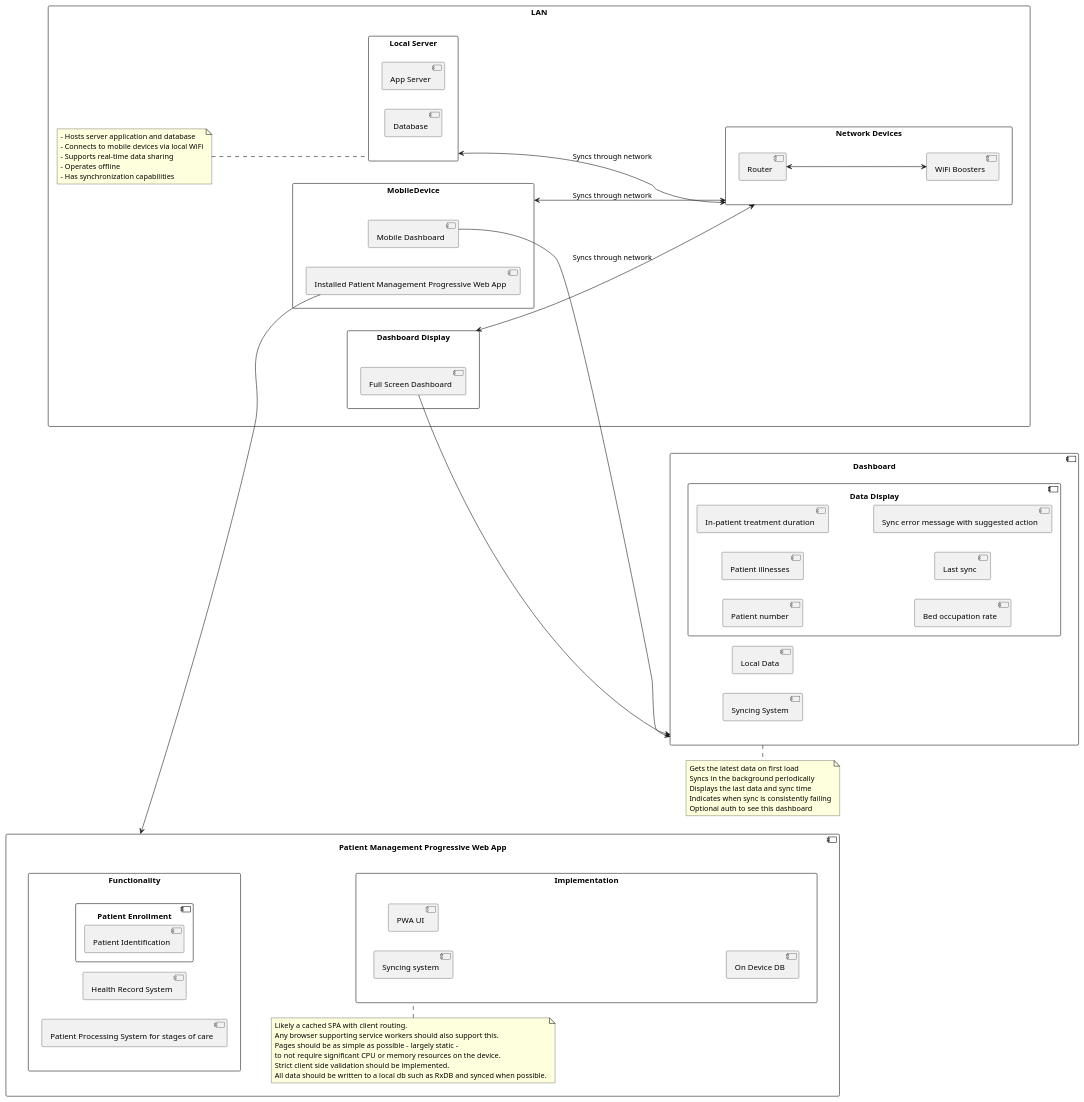
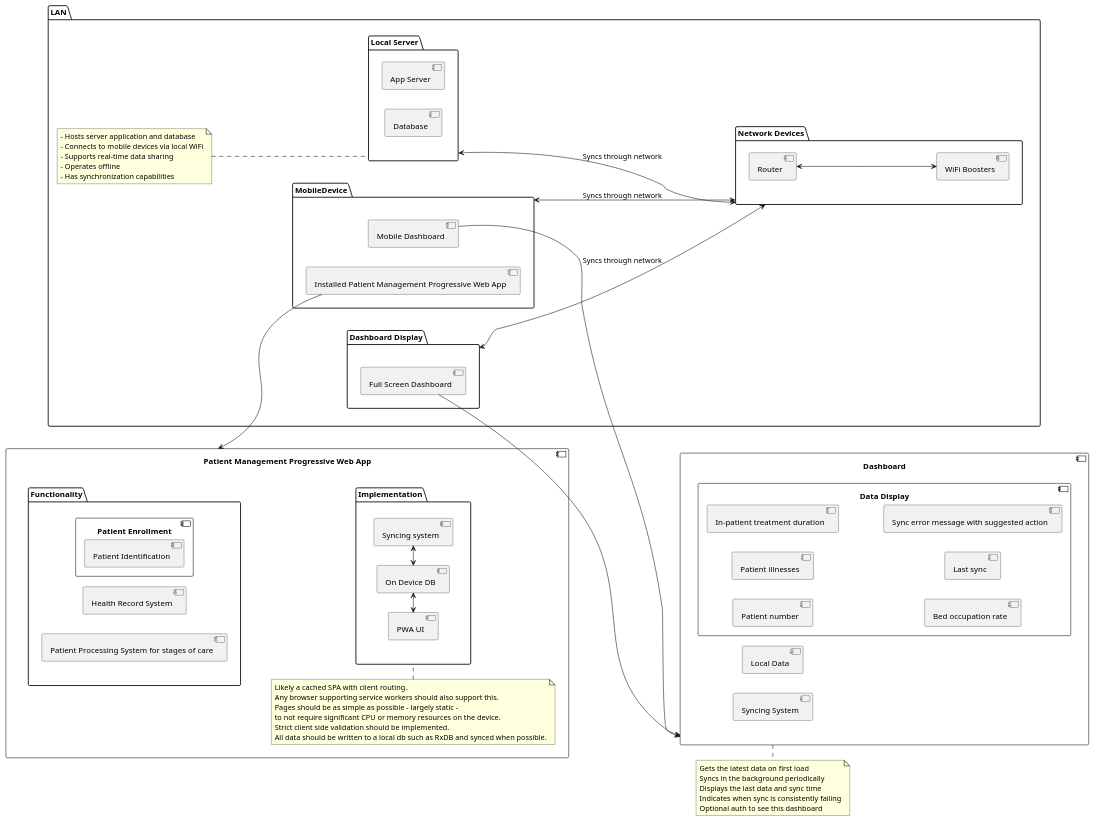
The diagram in puml/constraint-solutions.puml (jcbashdown/case-study), drawn with PlantUML before and after one commit. The commit also changed 1 other file, not shown here.

Commit message:
Improve diagram layout

```diff
--- a/puml/constraint-solutions.puml
+++ b/puml/constraint-solutions.puml
@@ -1,97 +1,100 @@
 @startuml
 left to right direction
 skinparam componentStyle uml2
-skinparam packagestyle rectangle 
+skinparam packagestyle uml2 
 
 together {
   component Dashboard {
     component "Local Data"
     component "Syncing System"
     component "Data Display" {
       component "Patient number"
       component "Patient illnesses"
       component "In-patient treatment duration"
       component "Bed occupation rate"
       component "Last sync"
       component "Sync error message with suggested action"
     }
   }
   note bottom of Dashboard 
     Gets the latest data on first load
     Syncs in the background periodically
     Displays the last data and sync time
     Indicates when sync is consistently failing
     Optional auth to see this dashboard
   end note
 }
 together {
   package LAN {
     package "Network Devices" as Network {
       component Router
       component "WiFi Boosters" as WiFiBoosters
     }
     package "Local Server" as LocalServer {
       component "App Server"
       component Database
     }
     package MobileDevice {
       component "Mobile Dashboard" as MobileDashboard {
       }
       component "Installed Patient Management Progressive Web App" as InstalledPWA {
       }
     }
     package "Dashboard Display" as DashboardDisplay {
       component "Full Screen Dashboard" as FSDashboard {
 
       }
     }
     note left of LocalServer
       - Hosts server application and database
       - Connects to mobile devices via local WiFi
       - Supports real-time data sharing
       - Operates offline
       - Has synchronization capabilities
     end note
   }
 
 }
 
 component "Patient Management Progressive Web App" as PWA {
   package Functionality {
     component "Patient Enrollment" {
       component "Patient Identification"
     }
     component "Health Record System"
     component "Patient Processing System for stages of care"
   }
   package Implementation {
     together {
-      component "Syncing system"
+      component "Syncing system" as SyncingSystem
       component "PWA UI" as UI
-      component "On Device DB"
+      component "On Device DB" as OnDeviceDB
     }
   }
   note top of Implementation 
             Likely a cached SPA with client routing.
             Any browser supporting service workers should also support this.
             Pages should be as simple as possible - largely static - 
             to not require significant CPU or memory resources on the device.
             Strict client side validation should be implemented.
             All data should be written to a local db such as RxDB and synced when possible.
   end note
 }
 
 
 Router <--> WiFiBoosters
 LocalServer <--> Network: Syncs through network 
 MobileDevice <--> Network: Syncs through network 
 DashboardDisplay <--> Network: Syncs through network 
 
 Implementation -[hidden]up-> Functionality
 
 FSDashboard -down-> Dashboard
 MobileDashboard -down-> Dashboard
 InstalledPWA -up-> PWA
 
+UI <-> OnDeviceDB 
+OnDeviceDB <-> SyncingSystem
+
 
 @enduml
```
